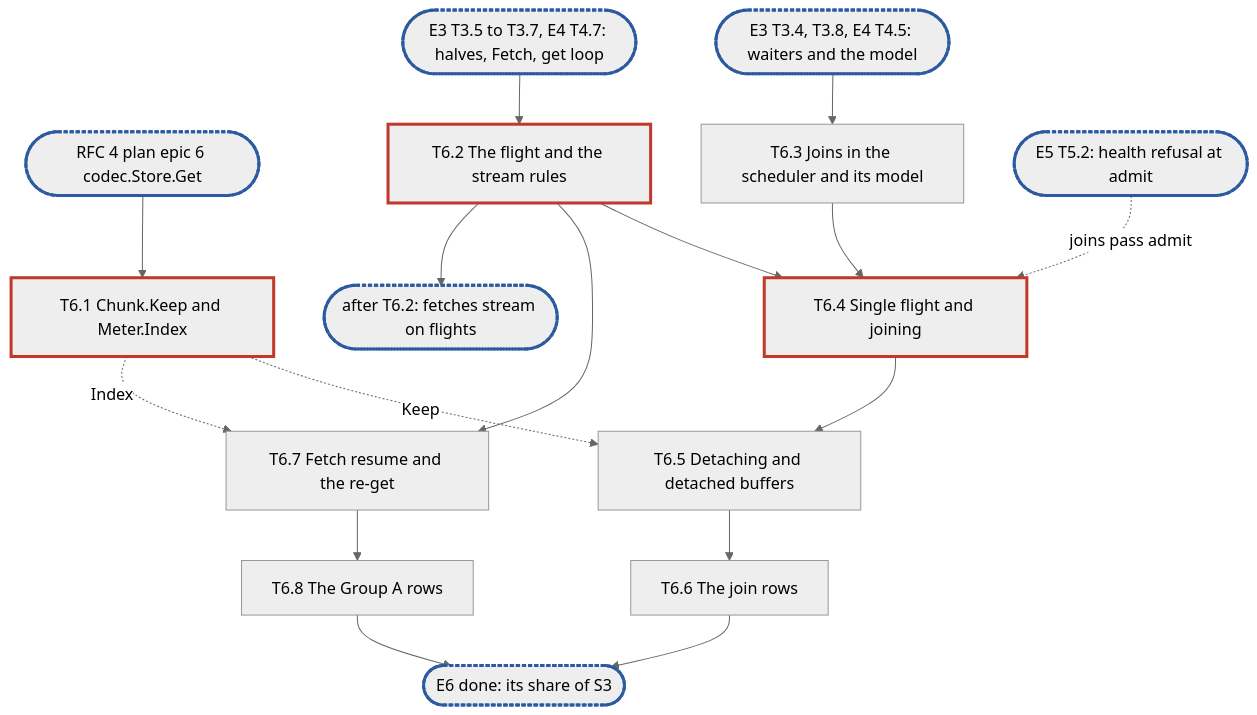
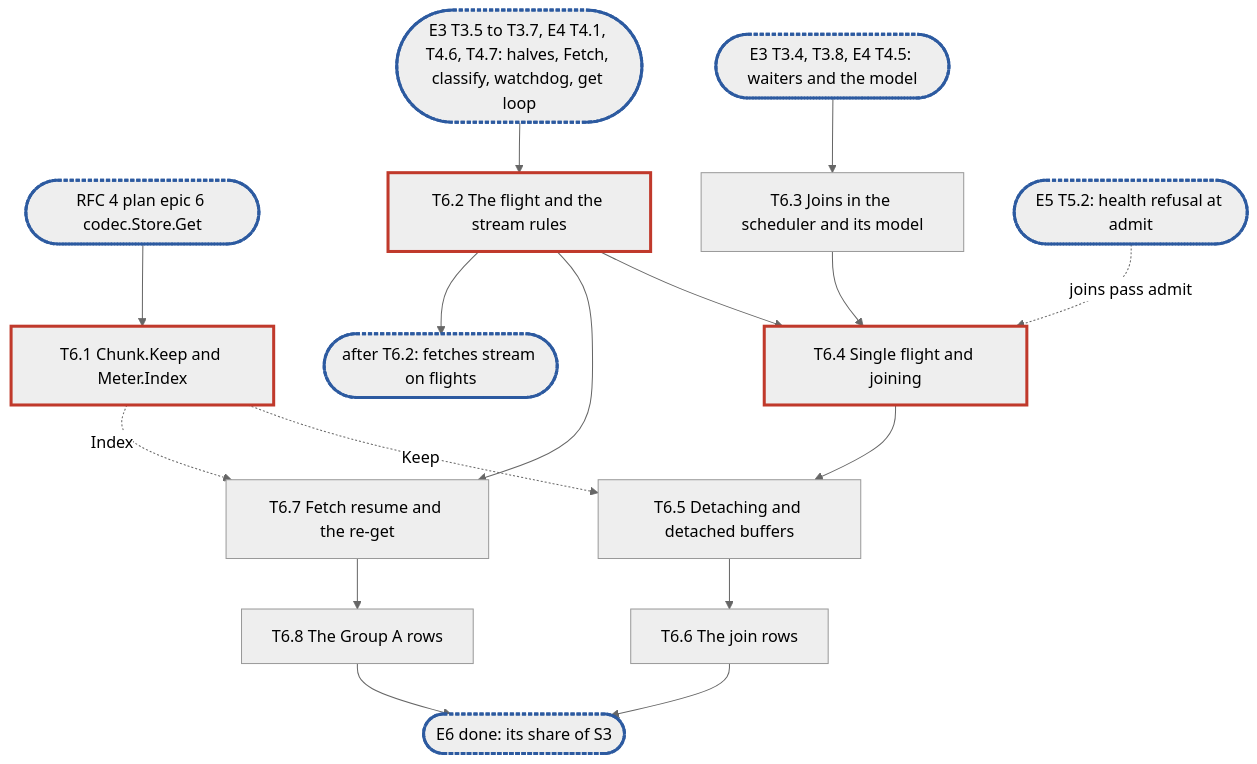
One commit to cubbit/dittofs changed the diagram in .planning/rfc-3-syncer-epic6.md. Above: the diagram before and after it, drawn with Mermaid (neutral theme). The commit also changed other lines of this file, not shown here.

````diff
--- a/.planning/rfc-3-syncer-epic6.md
+++ b/.planning/rfc-3-syncer-epic6.md
@@ -663,19 +666,19 @@
 ```mermaid
 flowchart TD
   C6(["RFC 4 plan epic 6 codec.Store.Get"]):::sync --> T6_1["T6.1 Chunk.Keep and Meter.Index"]:::blocker
-  E3(["E3 T3.5 to T3.7, E4 T4.7: halves, Fetch, get loop"]):::sync --> T6_2
+  E3(["E3 T3.5 to T3.7, E4 T4.1, T4.6, T4.7: halves, Fetch, classify, watchdog, get loop"]):::sync --> T6_2
   T6_2["T6.2 The flight and the stream rules"]:::blocker
   M(["E3 T3.4, T3.8, E4 T4.5: waiters and the model"]):::sync --> T6_3["T6.3 Joins in the scheduler and its model"]
   T6_2 & T6_3 --> T6_4["T6.4 Single flight and joining"]:::blocker
   H(["E5 T5.2: health refusal at admit"]):::sync -. "joins pass admit" .-> T6_4
   T6_4 --> T6_5["T6.5 Detaching and detached buffers"]
   T6_1 -. "Keep" .-> T6_5
   T6_1 -. "Index" .-> T6_7
   T6_5 --> T6_6["T6.6 The join rows"]
   T6_2 --> T6_7["T6.7 Fetch resume and the re-get"]
   T6_7 --> T6_8["T6.8 The Group A rows"]
   T6_2 --> K1(["after T6.2: fetches stream on flights"]):::sync
   T6_6 & T6_8 --> K2(["E6 done: its share of S3"]):::sync
   classDef blocker stroke:#c0392b,stroke-width:3px
   classDef sync stroke:#2c5aa0,stroke-width:3px,stroke-dasharray:4 2
 ```
````
